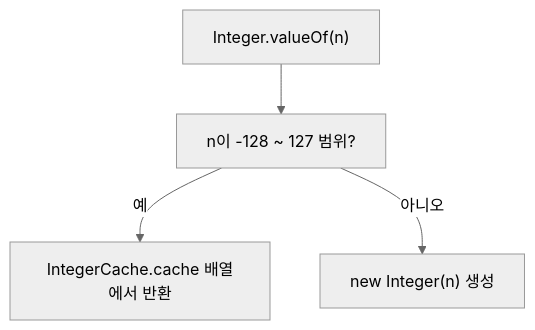
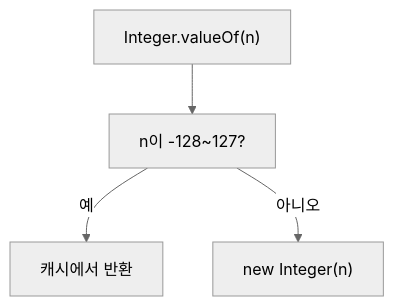
Before and after one commit to yjkim2015/yjkim2015.github.io: the third of 4 diagrams in _posts/java/2026-05-01-java-wrapper-class.md, drawn with Mermaid (neutral theme). The commit also changed 155 other files, not shown here.

First line of the commit message:
Mermaid 전면 수정: subgraph 제거, participant/노드/줄수 축소 (342블록)

````diff
--- a/_posts/java/2026-05-01-java-wrapper-class.md
+++ b/_posts/java/2026-05-01-java-wrapper-class.md
@@ -201,10 +201,10 @@
 ```mermaid
 graph TD
     VALUEOF["Integer.valueOf(n)"]
-    CHECK["n이 -128 ~ 127 범위?"]
-    CACHE["IntegerCache.cache 배열에서 반환"]
-    NEW["new Integer(n) 생성"]
+    CHECK["n이 -128~127?"]
+    CACHE["캐시에서 반환"]
+    NEW["new Integer(n)"]
     VALUEOF --> CHECK
     CHECK -->|"예"| CACHE
     CHECK -->|"아니오"| NEW
 ```
````
